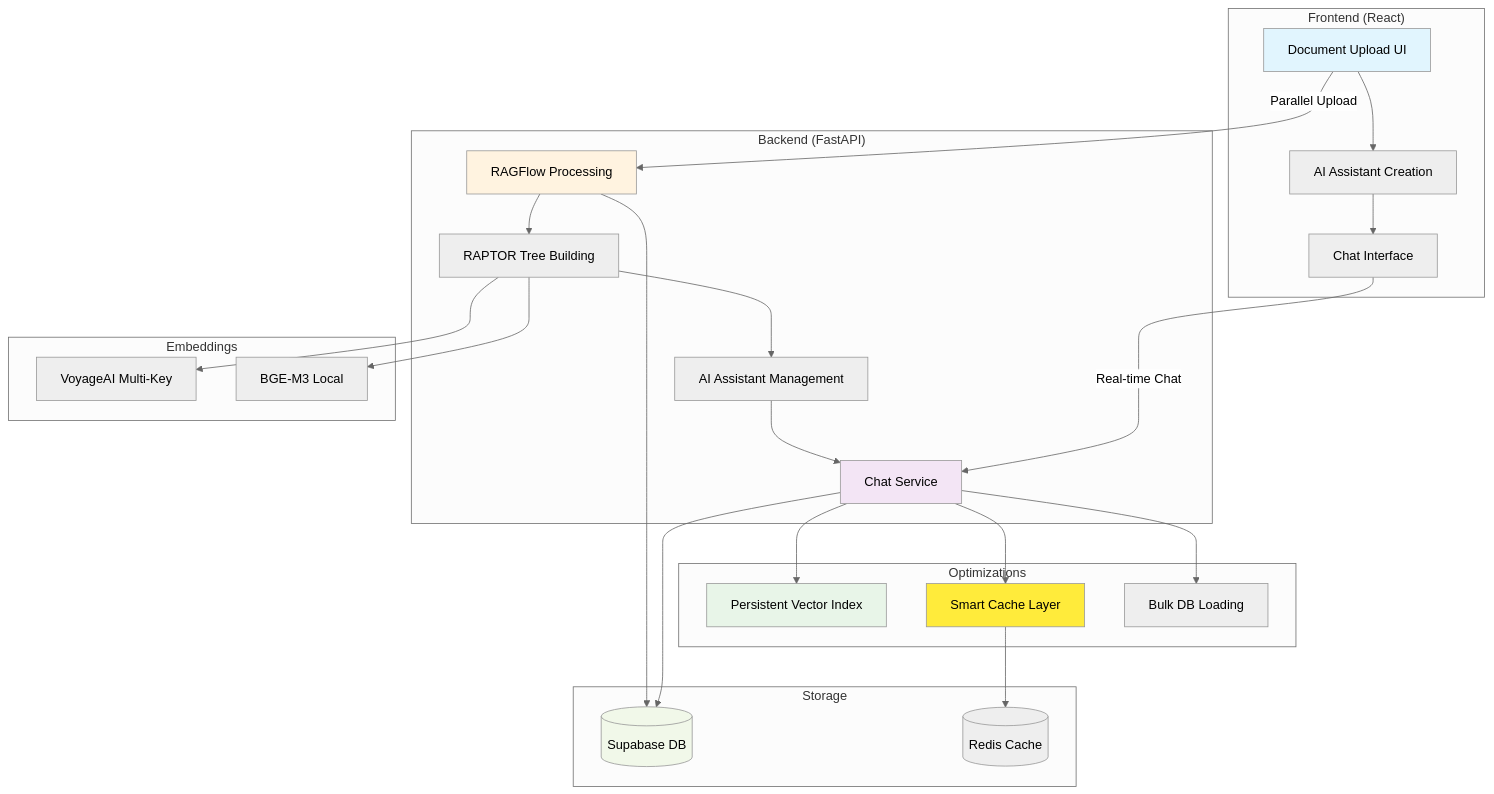
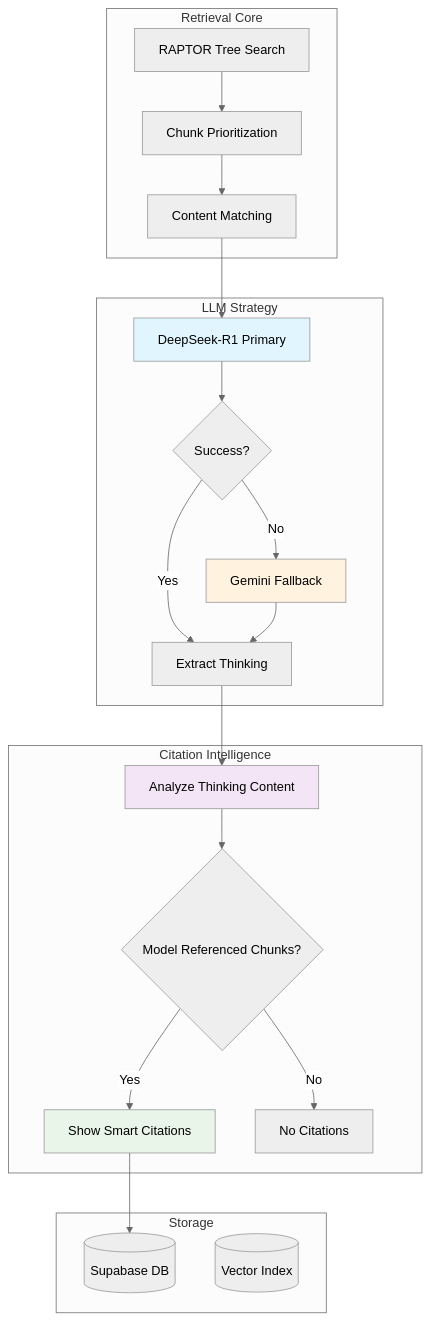
One commit to khoahuyn/Rsptor changed the diagram in README.md. Above: the diagram before and after it, drawn with Mermaid (neutral theme). The commit also changed other lines of this file and 20 other files, not shown here.

````diff
--- a/README.md
+++ b/README.md
@@ -43,48 +41,37 @@
 ```mermaid
 flowchart TD
-    subgraph "Frontend (React)"
-        A[Document Upload UI] --> B[AI Assistant Creation]
-        B --> C[Chat Interface]
+    subgraph "LLM Strategy"
+        A[DeepSeek-R1 Primary] --> B{Success?}
+        B -->|Yes| C[Extract Thinking]
+        B -->|No| D[Gemini Fallback]
+        D --> C
     end
     
-    subgraph "Backend (FastAPI)"
-        D[RAGFlow Processing] --> E[RAPTOR Tree Building]
-        E --> F[AI Assistant Management]
-        F --> G[Chat Service]
+    subgraph "Citation Intelligence" 
+        C --> E[Analyze Thinking Content]
+        E --> F{Model Referenced Chunks?}
+        F -->|Yes| G[Show Smart Citations]
+        F -->|No| H[No Citations]
     end
     
-    subgraph "Optimizations"
-        H[Persistent Vector Index]
-        I[Smart Cache Layer]
-        J[Bulk DB Loading]
-    end
-    
-    subgraph "Embeddings"
-        K[VoyageAI Multi-Key]
-        L[BGE-M3 Local]
+    subgraph "Retrieval Core"
+        I[RAPTOR Tree Search]
+        J[Chunk Prioritization]  
+        K[Content Matching]
     end
     
     subgraph "Storage"
-        M[(Supabase DB)]
-        N[(Redis Cache)]
+        L[(Supabase DB)]
+        M[(Vector Index)]
     end
     
-    A -->|Parallel Upload| D
-    D --> M
-    E --> K
-    E --> L
-    G --> M
-    C -->|Real-time Chat| G
-    
-    G --> H
-    G --> I
-    G --> J
-    I --> N
+    I --> J
+    J --> K
+    K --> A
+    G --> L
     
     style A fill:#e1f5fe
     style D fill:#fff3e0
-    style G fill:#f3e5f5
-    style H fill:#e8f5e8
-    style I fill:#ffeb3b
-    style M fill:#f1f8e9
+    style E fill:#f3e5f5
+    style G fill:#e8f5e8
 ```
````
